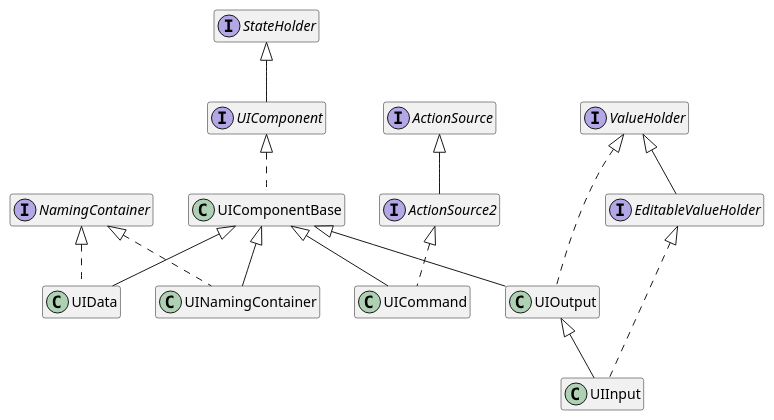
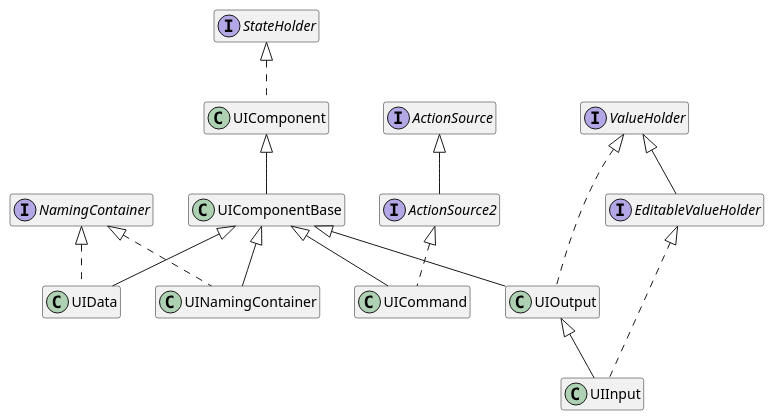
Before and after one commit to e-Contract/enterprise-jsf: the diagram in doc/jsf-classes.puml, drawn with PlantUML. The commit also changed 2 other files, not shown here.

```diff
--- a/doc/jsf-classes.puml
+++ b/doc/jsf-classes.puml
@@ -1,38 +1,38 @@
 @startuml
 
 ' Enterprise JSF project.
 '
-' Copyright 2023 e-Contract.be BV. All rights reserved.
+' Copyright 2023-2024 e-Contract.be BV. All rights reserved.
 ' e-Contract.be BV proprietary/confidential. Use is subject to license terms.
 
 hide empty members
 
 interface ActionSource
 interface ActionSource2
 interface ValueHolder
 interface EditableValueHolder
 interface StateHolder
 interface NamingContainer
-interface UIComponent
+class UIComponent
 class UIComponentBase
 class UICommand
 class UIData
 class UIOutput
 class UIInput
 class UINamingContainer
 ActionSource2 -u-|> ActionSource
-UIComponent -u-|> StateHolder
-UIComponentBase .u.|> UIComponent
+UIComponent .u.|> StateHolder
+UIComponentBase -u-|> UIComponent
 UINamingContainer .u.|> NamingContainer
 UINamingContainer -u-|> UIComponentBase
 UICommand -u-|> UIComponentBase
 UICommand .u.|> ActionSource2
 UIData -u-|> UIComponentBase
 UIOutput .u.-|> ValueHolder
 UIOutput -u-|> UIComponentBase
 EditableValueHolder -u-|> ValueHolder
 UIInput .u.|> EditableValueHolder
 UIInput -u-|> UIOutput
 UIData .u.|> NamingContainer
 
 @enduml
```
